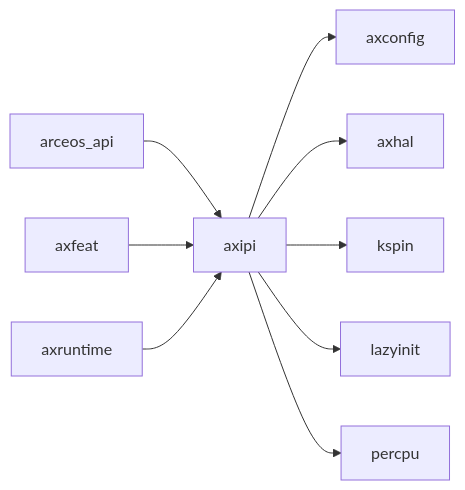
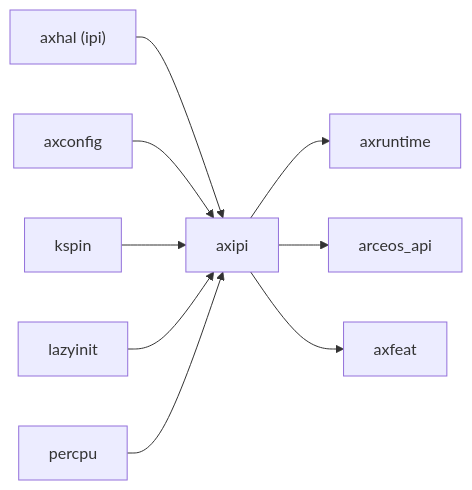
The second of 2 diagrams in docs/crates/axipi.md (rcore-os/tgoskits), drawn with Mermaid before and after one commit. The commit also changed other lines of this file and 99 other files, not shown here.

````diff
--- a/docs/crates/axipi.md
+++ b/docs/crates/axipi.md
@@ -33,12 +77,12 @@
 ```mermaid
 graph LR
-    current["axipi"]
-    current --> axconfig["axconfig"]
-    current --> axhal["axhal"]
-    current --> kspin["kspin"]
-    current --> lazyinit["lazyinit"]
-    current --> percpu["percpu"]
-    arceos_api["arceos_api"] --> current
-    axfeat["axfeat"] --> current
-    axruntime["axruntime"] --> current
+    axhal["axhal (ipi)"] --> axipi["axipi"]
+    axconfig["axconfig"] --> axipi
+    kspin["kspin"] --> axipi
+    lazyinit["lazyinit"] --> axipi
+    percpu["percpu"] --> axipi
+
+    axipi --> axruntime["axruntime"]
+    axipi --> arceos_api["arceos_api"]
+    axipi --> axfeat["axfeat"]
 ```
````
